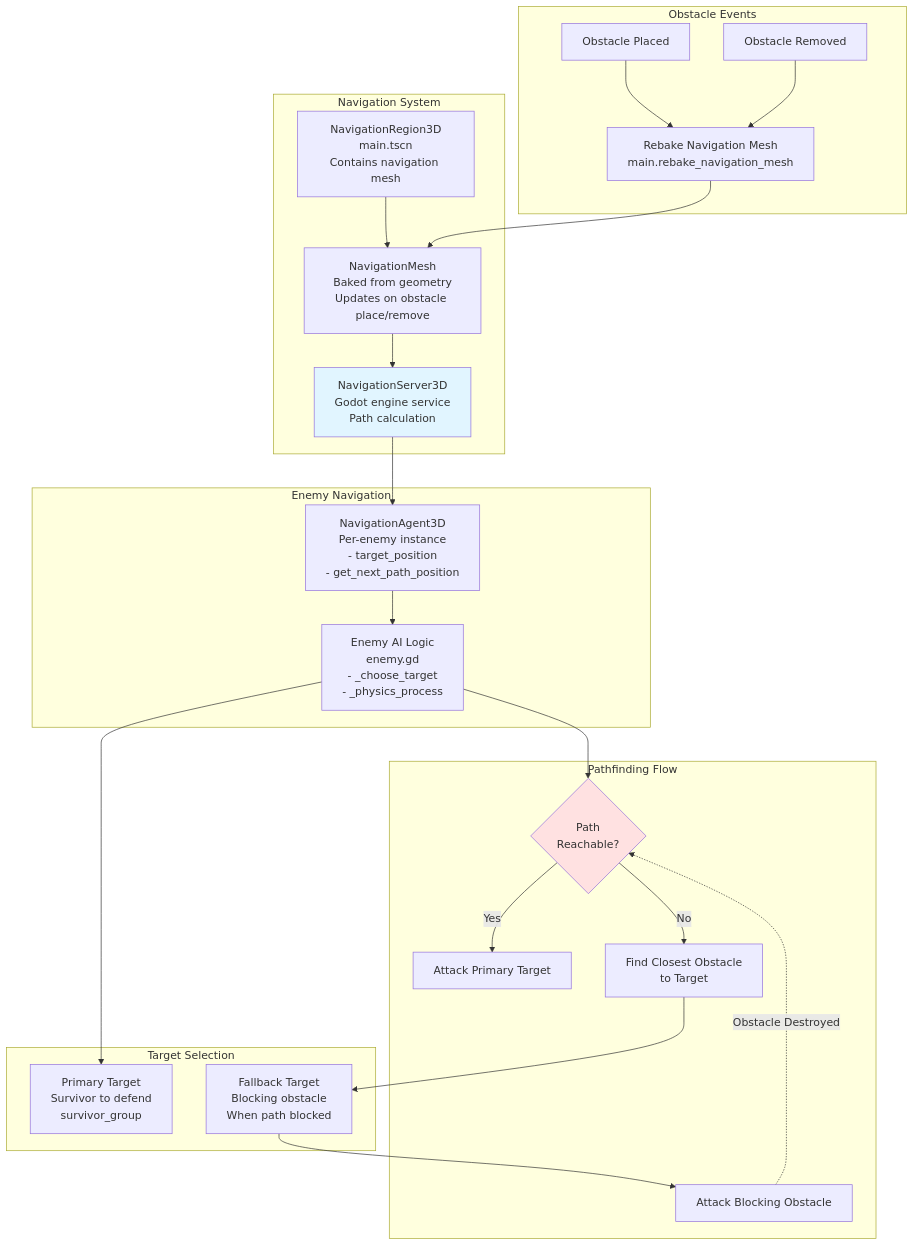
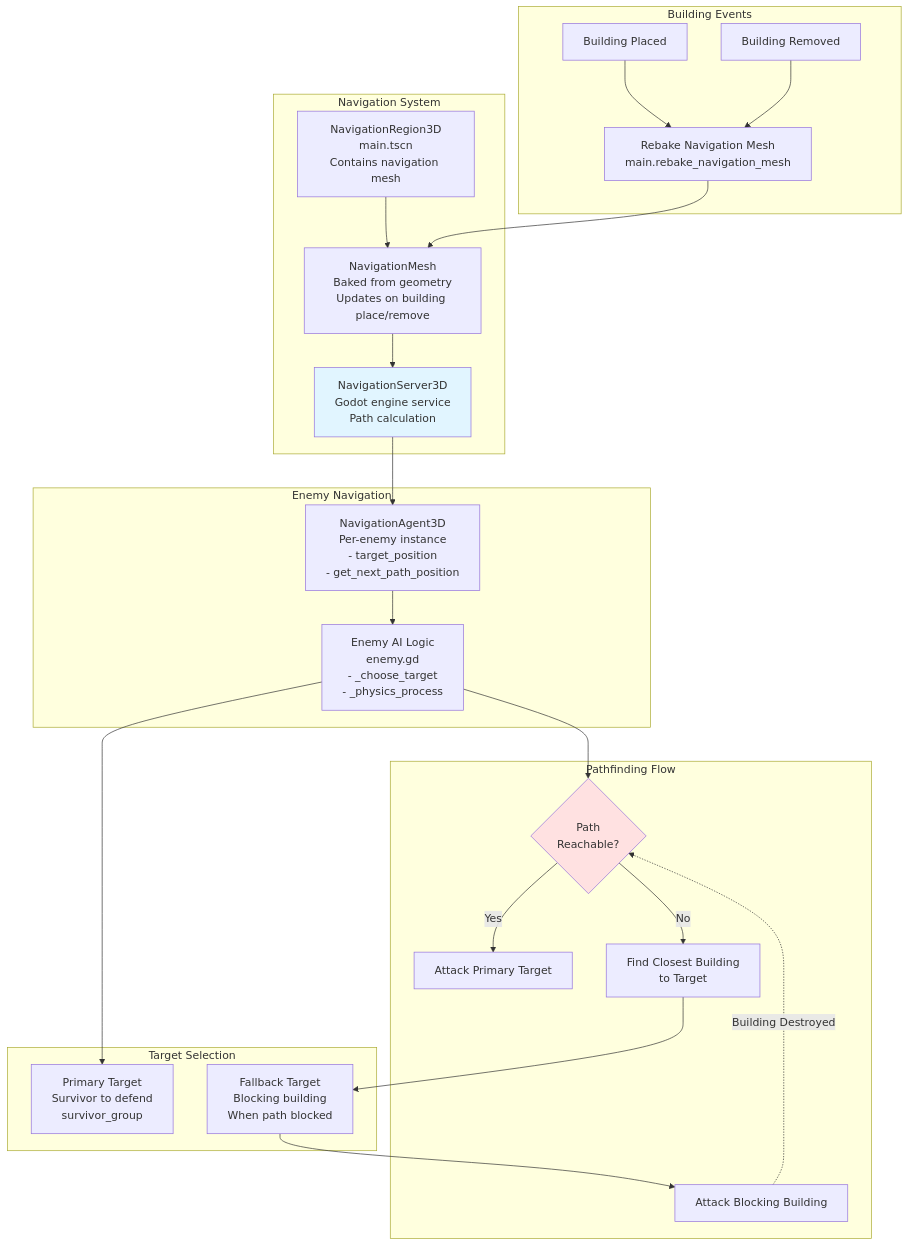
One commit to saebyn/godot-tower-defense changed the eighth of 8 diagrams in docs/ARCHITECTURE.md. Above: the diagram before and after it, drawn with Mermaid. The commit also changed other lines of this file and 78 other files, not shown here.

````diff
--- a/docs/ARCHITECTURE.md
+++ b/docs/ARCHITECTURE.md
@@ -521,57 +521,57 @@
 ```mermaid
 graph TB
     subgraph "Navigation System"
         NavRegion[NavigationRegion3D<br/>main.tscn<br/>Contains navigation mesh]
         
-        NavMesh[NavigationMesh<br/>Baked from geometry<br/>Updates on obstacle place/remove]
+        NavMesh[NavigationMesh<br/>Baked from geometry<br/>Updates on building place/remove]
         
         NavServer[NavigationServer3D<br/>Godot engine service<br/>Path calculation]
     end
     
     subgraph "Enemy Navigation"
         NavAgent[NavigationAgent3D<br/>Per-enemy instance<br/>- target_position<br/>- get_next_path_position]
         
         EnemyAI[Enemy AI Logic<br/>enemy.gd<br/>- _choose_target<br/>- _physics_process]
     end
     
     subgraph "Target Selection"
         PrimaryTarget[Primary Target<br/>Survivor to defend<br/>survivor_group]
         
-        FallbackTarget[Fallback Target<br/>Blocking obstacle<br/>When path blocked]
+        FallbackTarget[Fallback Target<br/>Blocking building<br/>When path blocked]
     end
     
     subgraph "Pathfinding Flow"
         Check{Path<br/>Reachable?}
         AttackPrimary[Attack Primary Target]
-        FindBlocker[Find Closest Obstacle<br/>to Target]
-        AttackBlocker[Attack Blocking Obstacle]
+        FindBlocker[Find Closest Building<br/>to Target]
+        AttackBlocker[Attack Blocking Building]
     end
     
     NavRegion --> NavMesh
     NavMesh --> NavServer
     NavServer --> NavAgent
     NavAgent --> EnemyAI
     
     EnemyAI --> PrimaryTarget
     EnemyAI --> Check
     
     Check -->|Yes| AttackPrimary
     Check -->|No| FindBlocker
     FindBlocker --> FallbackTarget
     FallbackTarget --> AttackBlocker
     
-    AttackBlocker -.Obstacle Destroyed.-> Check
+    AttackBlocker -.Building Destroyed.-> Check
     
-    subgraph "Obstacle Events"
-        PlaceObstacle[Obstacle Placed]
-        RemoveObstacle[Obstacle Removed]
+    subgraph "Building Events"
+        PlaceBuilding[Building Placed]
+        RemoveBuilding[Building Removed]
         Rebake[Rebake Navigation Mesh<br/>main.rebake_navigation_mesh]
     end
     
-    PlaceObstacle --> Rebake
-    RemoveObstacle --> Rebake
+    PlaceBuilding --> Rebake
+    RemoveBuilding --> Rebake
     Rebake --> NavMesh
     
     style NavServer fill:#e1f5ff
     style Check fill:#ffe1e1
 ```
````
